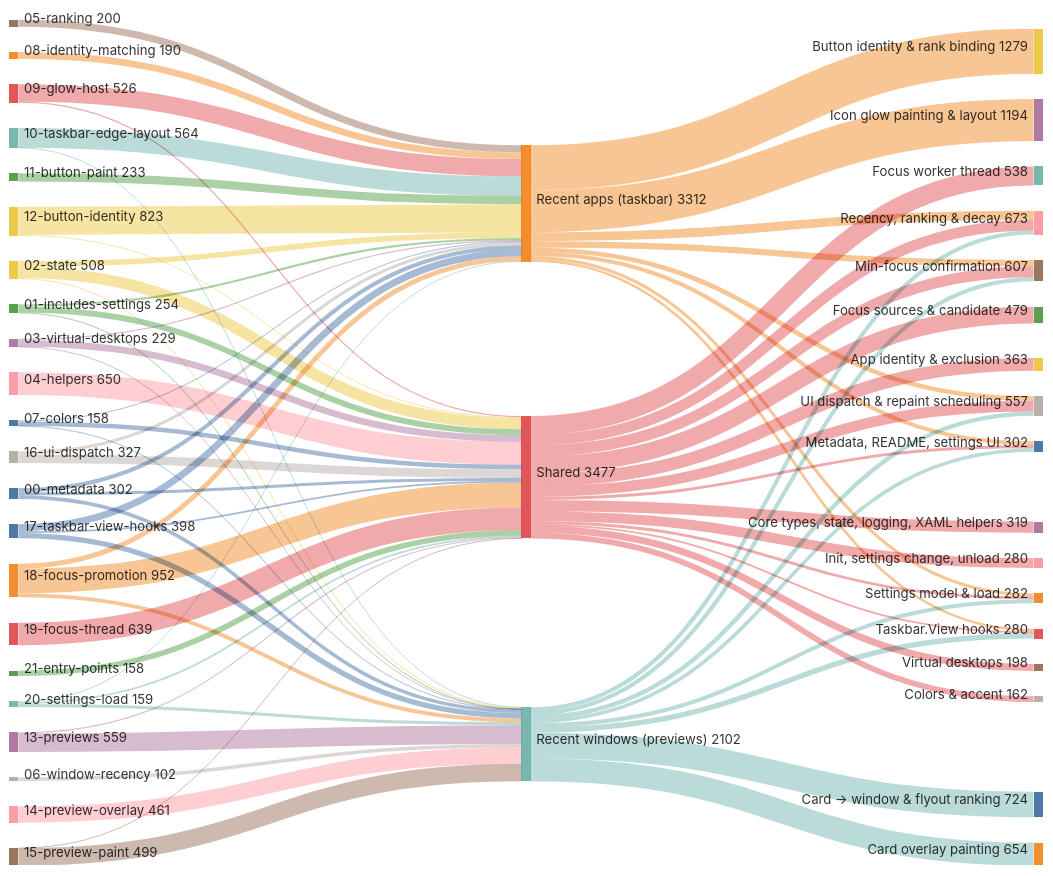
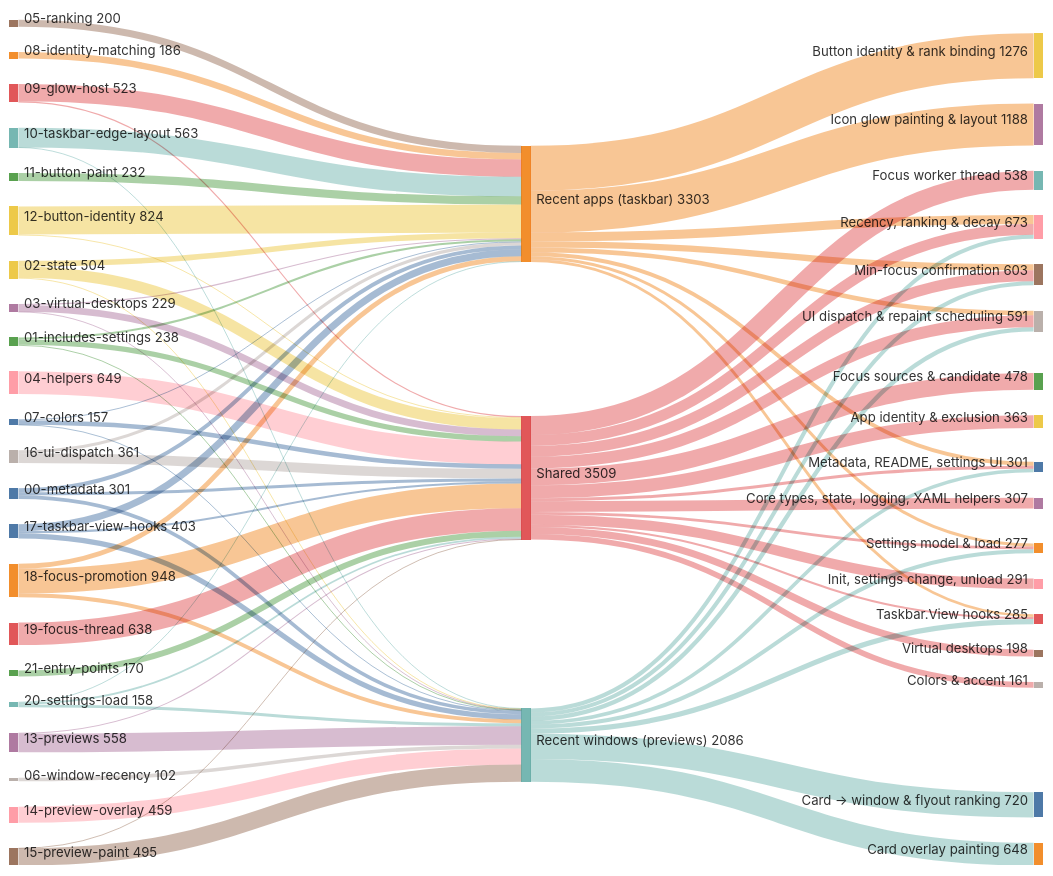
The second of 5 diagrams in doc/code/code-breakdown.md (jvlasek/taskbar-recent-focus-highlight), drawn with Mermaid before and after one commit. The commit also changed other lines of this file and 12 other files, not shown here.

````diff
--- a/doc/code/code-breakdown.md
+++ b/doc/code/code-breakdown.md
@@ -37,77 +37,77 @@
     height: 900
 ---
 sankey-beta
-00-metadata,"Recent apps (taskbar)",115
-00-metadata,"Shared",85
+00-metadata,"Recent apps (taskbar)",113
+00-metadata,"Shared",86
 00-metadata,"Recent windows (previews)",102
-01-includes-settings,"Recent apps (taskbar)",61
-01-includes-settings,"Shared",165
+01-includes-settings,"Recent apps (taskbar)",60
+01-includes-settings,"Shared",150
 01-includes-settings,"Recent windows (previews)",28
-02-state,"Recent apps (taskbar)",159
+02-state,"Recent apps (taskbar)",158
 02-state,"Shared",321
-02-state,"Recent windows (previews)",28
+02-state,"Recent windows (previews)",25
 03-virtual-desktops,"Recent apps (taskbar)",32
 03-virtual-desktops,"Shared",192
 03-virtual-desktops,"Recent windows (previews)",5
-04-helpers,"Shared",650
+04-helpers,"Shared",649
 05-ranking,"Recent apps (taskbar)",200
 06-window-recency,"Recent windows (previews)",102
 07-colors,"Recent apps (taskbar)",27
-07-colors,"Shared",129
+07-colors,"Shared",128
 07-colors,"Recent windows (previews)",2
-08-identity-matching,"Recent apps (taskbar)",190
-09-glow-host,"Recent apps (taskbar)",493
+08-identity-matching,"Recent apps (taskbar)",186
+09-glow-host,"Recent apps (taskbar)",490
 09-glow-host,"Shared",33
-10-taskbar-edge-layout,"Recent apps (taskbar)",560
+10-taskbar-edge-layout,"Recent apps (taskbar)",559
 10-taskbar-edge-layout,"Recent windows (previews)",4
-11-button-paint,"Recent apps (taskbar)",233
-12-button-identity,"Recent apps (taskbar)",797
+11-button-paint,"Recent apps (taskbar)",232
+12-button-identity,"Recent apps (taskbar)",798
 12-button-identity,"Shared",26
 13-previews,"Shared",29
-13-previews,"Recent windows (previews)",530
-14-preview-overlay,"Recent windows (previews)",461
+13-previews,"Recent windows (previews)",529
+14-preview-overlay,"Recent windows (previews)",459
 15-preview-paint,"Shared",4
-15-preview-paint,"Recent windows (previews)",495
+15-preview-paint,"Recent windows (previews)",491
 16-ui-dispatch,"Recent apps (taskbar)",87
-16-ui-dispatch,"Shared",240
-17-taskbar-view-hooks,"Recent apps (taskbar)",195
-17-taskbar-view-hooks,"Shared",52
-17-taskbar-view-hooks,"Recent windows (previews)",151
-18-focus-promotion,"Recent apps (taskbar)",137
-18-focus-promotion,"Shared",705
+16-ui-dispatch,"Shared",274
+17-taskbar-view-hooks,"Recent apps (taskbar)",199
+17-taskbar-view-hooks,"Shared",58
+17-taskbar-view-hooks,"Recent windows (previews)",146
+18-focus-promotion,"Recent apps (taskbar)",136
+18-focus-promotion,"Shared",702
 18-focus-promotion,"Recent windows (previews)",110
-19-focus-thread,"Shared",639
+19-focus-thread,"Shared",638
 20-settings-load,"Recent apps (taskbar)",26
 20-settings-load,"Shared",49
-20-settings-load,"Recent windows (previews)",84
-21-entry-points,"Shared",158
-"Recent apps (taskbar)","Button identity & rank binding",1279
-"Recent apps (taskbar)","Icon glow painting & layout",1194
+20-settings-load,"Recent windows (previews)",83
+21-entry-points,"Shared",170
+"Recent apps (taskbar)","Button identity & rank binding",1276
+"Recent apps (taskbar)","Icon glow painting & layout",1188
 "Recent apps (taskbar)","Recency, ranking & decay",251
-"Recent apps (taskbar)","Min-focus confirmation",178
+"Recent apps (taskbar)","Min-focus confirmation",177
 "Recent apps (taskbar)","UI dispatch & repaint scheduling",131
-"Recent apps (taskbar)","Metadata, README, settings UI",115
-"Recent apps (taskbar)","Settings model & load",87
-"Recent apps (taskbar)","Taskbar.View hooks",77
+"Recent apps (taskbar)","Metadata, README, settings UI",113
+"Recent apps (taskbar)","Settings model & load",86
+"Recent apps (taskbar)","Taskbar.View hooks",81
 "Shared","Focus worker thread",538
-"Shared","Focus sources & candidate",479
+"Shared","Focus sources & candidate",478
 "Shared","App identity & exclusion",363
-"Shared","Core types, state, logging, XAML helpers",319
-"Shared","Min-focus confirmation",314
+"Shared","UI dispatch & repaint scheduling",336
+"Shared","Min-focus confirmation",311
+"Shared","Core types, state, logging, XAML helpers",307
 "Shared","Recency, ranking & decay",306
-"Shared","UI dispatch & repaint scheduling",302
-"Shared","Init, settings change, unload",280
+"Shared","Init, settings change, unload",291
 "Shared","Virtual desktops",198
-"Shared","Colors & accent",162
-"Shared","Metadata, README, settings UI",85
-"Shared","Settings model & load",79
-"Shared","Taskbar.View hooks",52
-"Recent windows (previews)","Card -> window & flyout ranking",724
-"Recent windows (previews)","Card overlay painting",654
-"Recent windows (previews)","Taskbar.View hooks",151
+"Shared","Colors & accent",161
+"Shared","Metadata, README, settings UI",86
+"Shared","Settings model & load",76
+"Shared","Taskbar.View hooks",58
+"Recent windows (previews)","Card -> window & flyout ranking",720
+"Recent windows (previews)","Card overlay painting",648
+"Recent windows (previews)","Taskbar.View hooks",146
 "Recent windows (previews)","UI dispatch & repaint scheduling",124
 "Recent windows (previews)","Recency, ranking & decay",116
-"Recent windows (previews)","Settings model & load",116
 "Recent windows (previews)","Min-focus confirmation",115
+"Recent windows (previews)","Settings model & load",115
 "Recent windows (previews)","Metadata, README, settings UI",102
 ```
````
